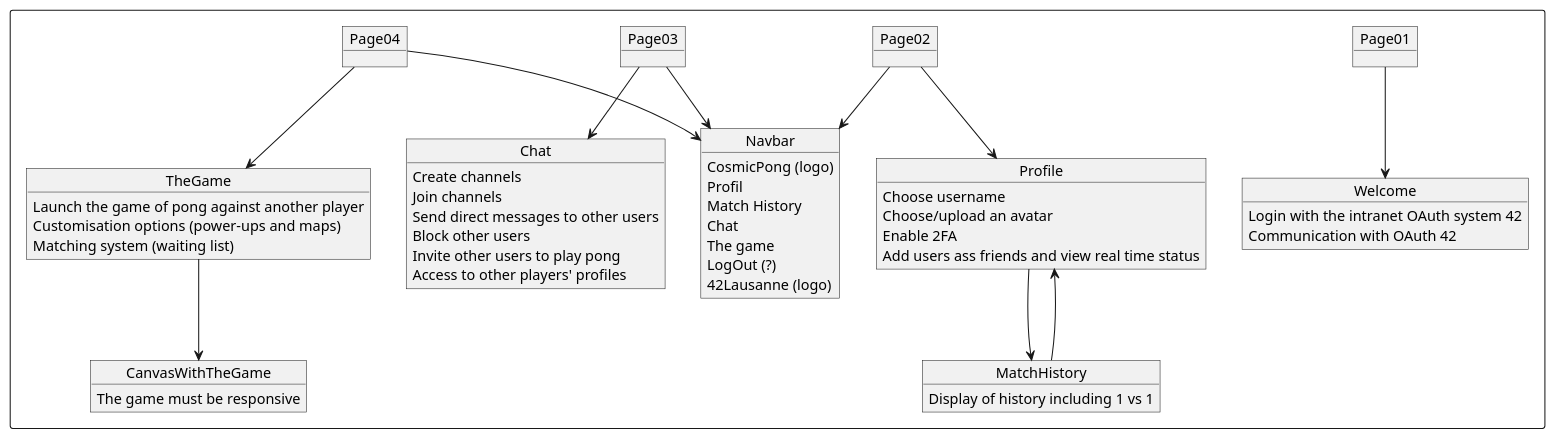
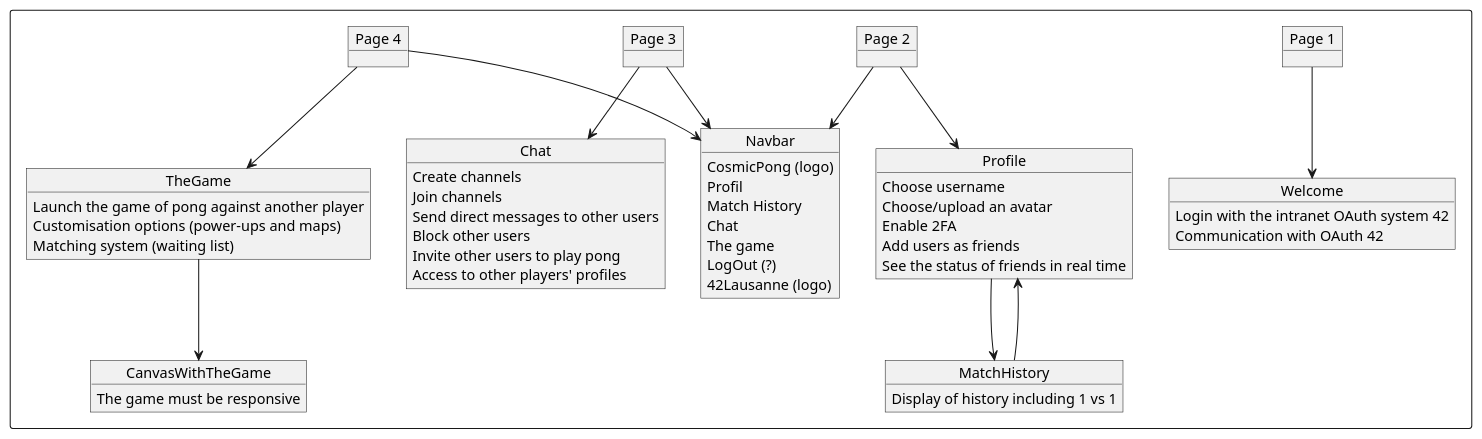
The second of 2 diagrams in docs/README.adoc (eprei/42_ft_transcendence), drawn with PlantUML before and after one commit. The commit also changed other lines of this file and 4 other files, not shown here.

```diff
--- a/docs/README.adoc
+++ b/docs/README.adoc
@@ -168,66 +168,67 @@
 [plantuml, target=assets/design, format=svg, width=100%]
 ....
 rectangle {
 
-	object Page01
-	object Page02
-	object Page03
-	object Page04
+	object "Page 1" as Page1
+	object "Page 2" as Page2
+	object "Page 3" as Page3
+	object "Page 4" as Page4
 
 	object Welcome {
 		Login with the intranet OAuth system 42
 		Communication with OAuth 42
 	}
 
 	object Profile {
 		Choose username
 		Choose/upload an avatar
 		Enable 2FA
-		Add users ass friends and view real time status
+		Add users as friends
+		See the status of friends in real time
 	}
 
 	object MatchHistory{
 		Display of history including 1 vs 1
 	}
 
 	object Chat{
 		Create channels
 		Join channels
 		Send direct messages to other users
 		Block other users
 		Invite other users to play pong
 		Access to other players' profiles
 	}
 
 	object Navbar{
 		CosmicPong (logo)
 		Profil
 		Match History
 		Chat
 		The game
 		LogOut (?)
 		42Lausanne (logo)
 	}
 
 	object TheGame{
 		Launch the game of pong against another player
 		Customisation options (power-ups and maps)
 		Matching system (waiting list)
 	}
 
 	object CanvasWithTheGame{
 		The game must be responsive
 	}
 
-	Page01 --> Welcome
-	Page02 --> Profile
-	Page02 --> Navbar
+	Page1 --> Welcome
+	Page2 --> Profile
+	Page2 --> Navbar
 	Profile --> MatchHistory
 	MatchHistory --> Profile
-	Page03 --> Chat
-	Page03 --> Navbar
-	Page04 --> TheGame
+	Page3 --> Chat
+	Page3 --> Navbar
+	Page4 --> TheGame
 	TheGame --> CanvasWithTheGame
-	Page04 --> Navbar
+	Page4 --> Navbar
 }
 ....
```
